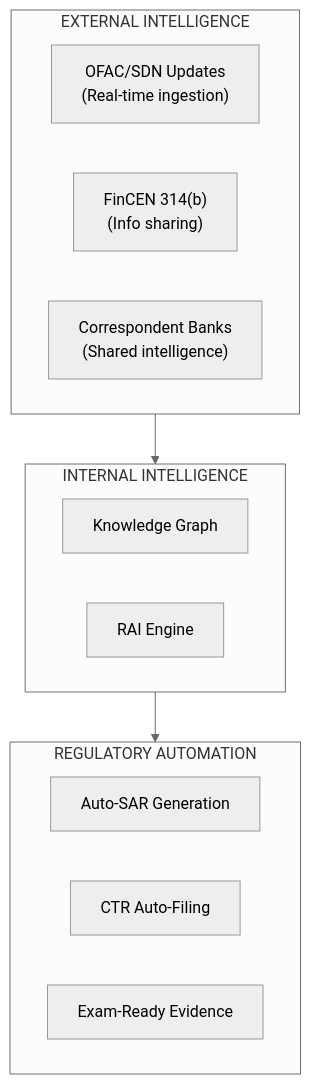
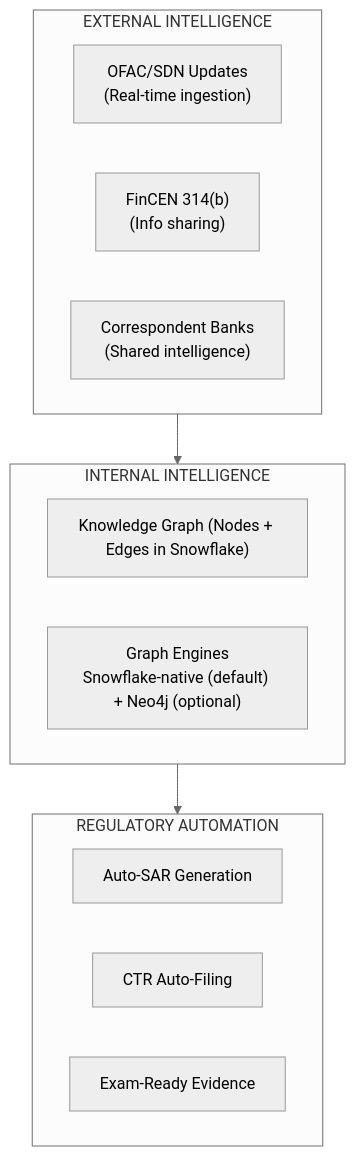
The third of 3 diagrams in industry-demos/fintech/ARCHITECTURE_STRATEGY.md (sfc-gh-smitchener-1/snowflake-dca-fullstack-demo), drawn with Mermaid (neutral theme) before and after one commit. The commit also changed other lines of this file and 5 other files, not shown here.

````diff
--- a/industry-demos/fintech/ARCHITECTURE_STRATEGY.md
+++ b/industry-demos/fintech/ARCHITECTURE_STRATEGY.md
@@ -66,19 +72,19 @@
 ```mermaid
 flowchart TB
     subgraph INTERNAL["INTERNAL INTELLIGENCE"]
-        GRAPH["Knowledge Graph"]
-        RAI["RAI Engine"]
+        GRAPH["Knowledge Graph (Nodes + Edges in Snowflake)"]
+        ENG["Graph Engines\nSnowflake-native (default) + Neo4j (optional)"]
     end
     subgraph EXTERNAL["EXTERNAL INTELLIGENCE"]
         OFAC["OFAC/SDN Updates\n(Real-time ingestion)"]
         FINCEN["FinCEN 314(b)\n(Info sharing)"]
         PARTNER["Correspondent Banks\n(Shared intelligence)"]
     end
     subgraph REGULATORY["REGULATORY AUTOMATION"]
         SAR_AUTO["Auto-SAR Generation"]
         CTR["CTR Auto-Filing"]
         EXAM["Exam-Ready Evidence"]
     end
     INTERNAL --> REGULATORY
     EXTERNAL --> INTERNAL
 ```
````
